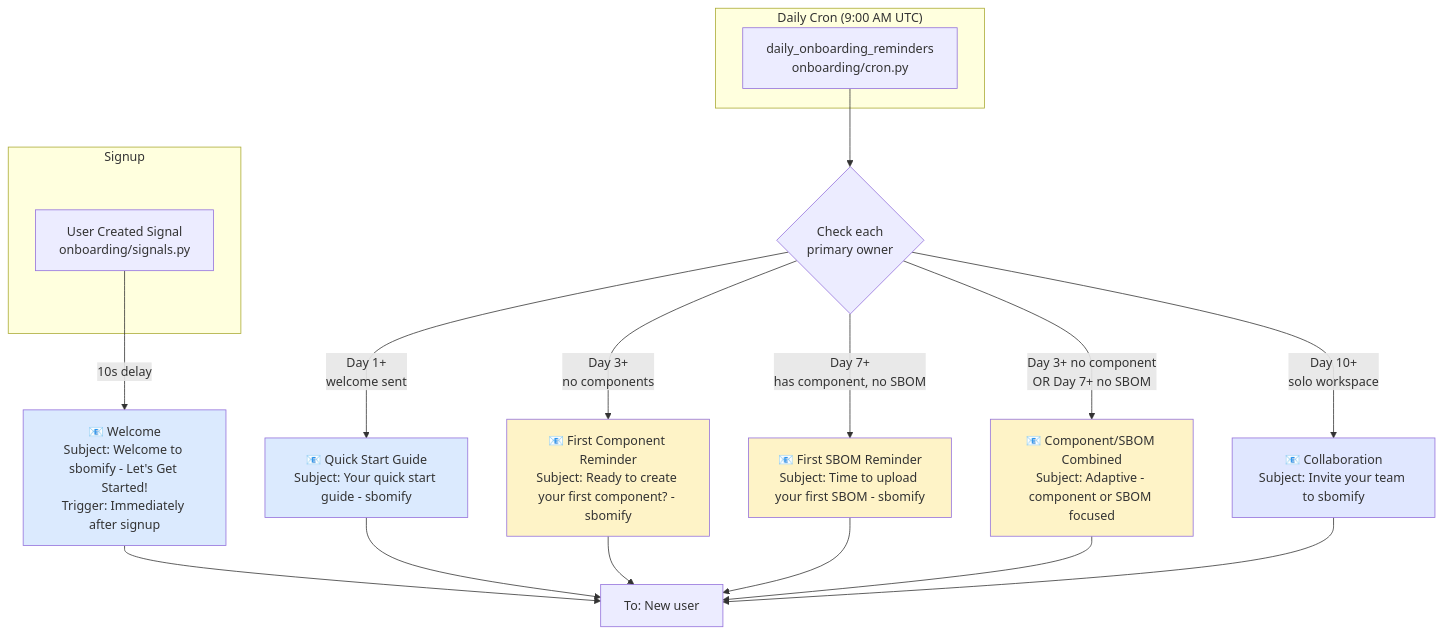
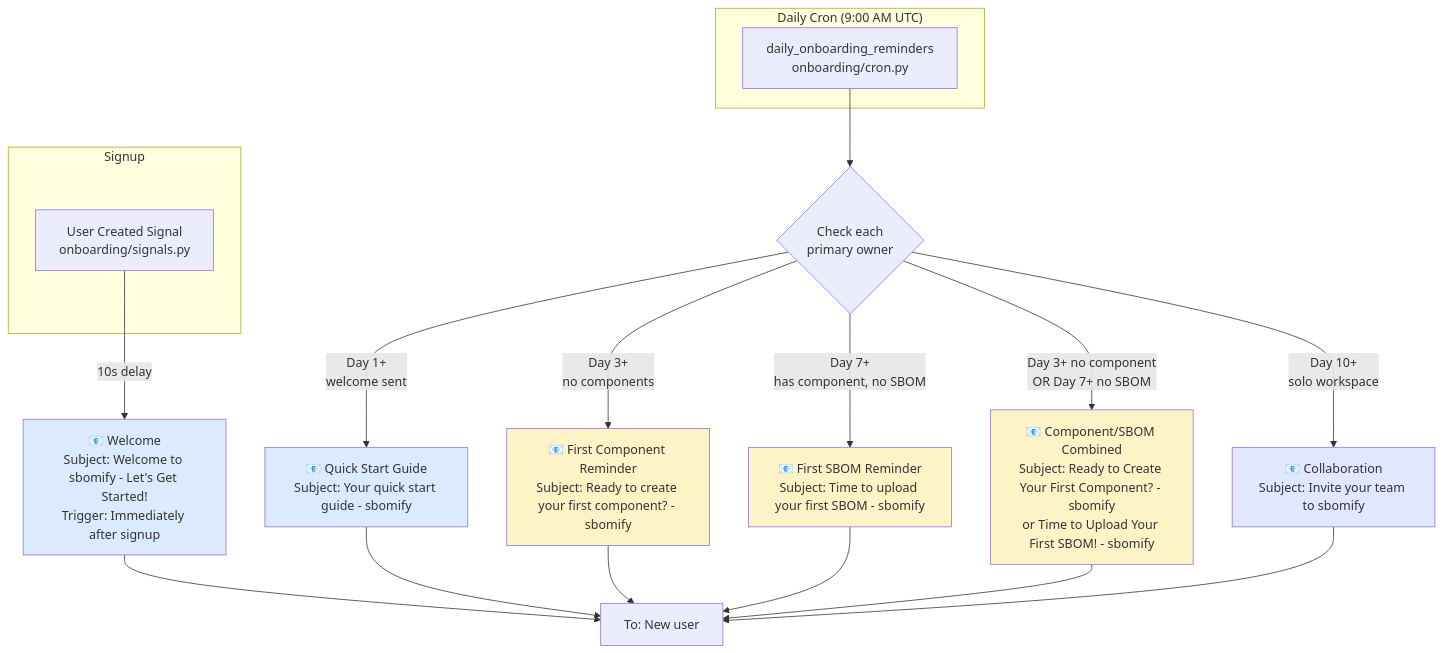
The second of 7 diagrams in docs/email-triggers.md (sbomify/sbomify), drawn with Mermaid before and after one commit. The commit also changed other lines of this file, not shown here.

Commit message:
fix: resolve remaining Copilot review feedback on email-triggers doc
Remove incorrect reference number claim from support contact diagram
(code does not generate one). Replace vague "Adaptive" subject in
combined component/SBOM email with the actual subject strings from code.

````diff
--- a/docs/email-triggers.md
+++ b/docs/email-triggers.md
@@ -85,38 +85,38 @@
 ```mermaid
 flowchart TD
     subgraph Signup
         S1[User Created Signal\nonboarding/signals.py]
     end
 
     subgraph "Daily Cron (9:00 AM UTC)"
         C1[daily_onboarding_reminders\nonboarding/cron.py]
     end
 
     S1 --> |"10s delay"| E1["📧 Welcome\nSubject: Welcome to sbomify - Let's Get Started!\nTrigger: Immediately after signup"]
 
     C1 --> CHECK{Check each\nprimary owner}
 
     CHECK --> |"Day 1+\nwelcome sent"| E2["📧 Quick Start Guide\nSubject: Your quick start guide - sbomify"]
 
     CHECK --> |"Day 3+\nno components"| E3["📧 First Component Reminder\nSubject: Ready to create your first component? - sbomify"]
 
     CHECK --> |"Day 7+\nhas component, no SBOM"| E4["📧 First SBOM Reminder\nSubject: Time to upload your first SBOM - sbomify"]
 
-    CHECK --> |"Day 3+ no component\nOR Day 7+ no SBOM"| E5["📧 Component/SBOM Combined\nSubject: Adaptive - component or SBOM focused"]
+    CHECK --> |"Day 3+ no component\nOR Day 7+ no SBOM"| E5["📧 Component/SBOM Combined\nSubject: Ready to Create Your First Component? - sbomify\nor Time to Upload Your First SBOM! - sbomify"]
 
     CHECK --> |"Day 10+\nsolo workspace"| E6["📧 Collaboration\nSubject: Invite your team to sbomify"]
 
     E1 --> R1[To: New user]
     E2 --> R1
     E3 --> R1
     E4 --> R1
     E5 --> R1
     E6 --> R1
 
     style E1 fill:#dbeafe
     style E2 fill:#dbeafe
     style E3 fill:#fef3c7
     style E4 fill:#fef3c7
     style E5 fill:#fef3c7
     style E6 fill:#e0e7ff
 ```
````
